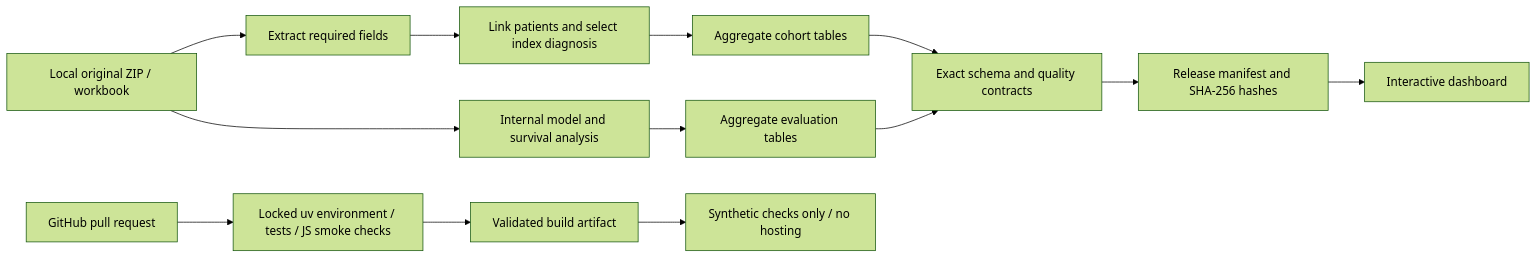
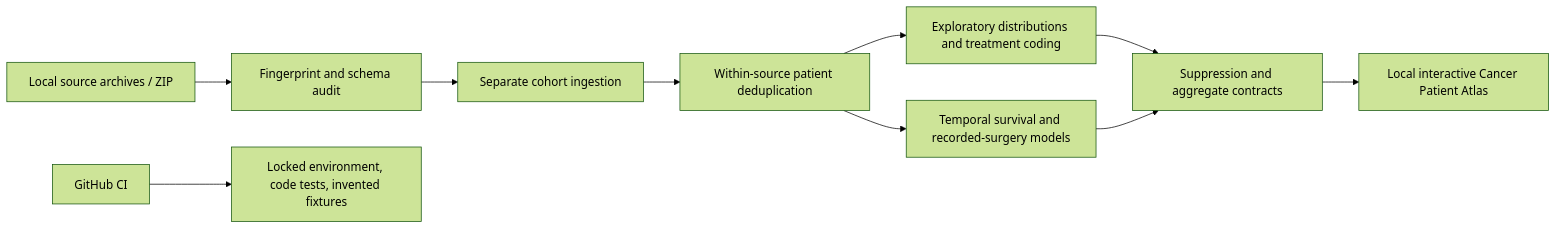
One commit to kashishchaudhari/cancer-survivorship changed the diagram in docs/PORTFOLIO_PLAN.md. Above: the diagram before and after it, drawn with Mermaid (forest theme). The commit also changed other lines of this file and 16 other files, not shown here.

Commit message:
Add five-cohort cancer care and survival atlas

````diff
--- a/docs/PORTFOLIO_PLAN.md
+++ b/docs/PORTFOLIO_PLAN.md
@@ -13,15 +23,12 @@
 ```mermaid
 flowchart LR
-  A[Local original ZIP / workbook] --> B[Extract required fields]
-  B --> C[Link patients and select index diagnosis]
-  C --> D[Aggregate cohort tables]
-  A --> E[Internal model and survival analysis]
-  E --> F[Aggregate evaluation tables]
-  D --> G[Exact schema and quality contracts]
+  A[Local source archives / ZIP] --> B[Fingerprint and schema audit]
+  B --> C[Separate cohort ingestion]
+  C --> D[Within-source patient deduplication]
+  D --> E[Exploratory distributions and treatment coding]
+  D --> F[Temporal survival and recorded-surgery models]
+  E --> G[Suppression and aggregate contracts]
   F --> G
-  G --> H[Release manifest and SHA-256 hashes]
-  H --> I[Interactive dashboard]
-  J[GitHub pull request] --> K[Locked uv environment / tests / JS smoke checks]
-  K --> L[Validated build artifact]
-  L --> M[Synthetic checks only / no hosting]
+  G --> H[Local interactive Cancer Patient Atlas]
+  I[GitHub CI] --> J[Locked environment, code tests, invented fixtures]
 ```
````
